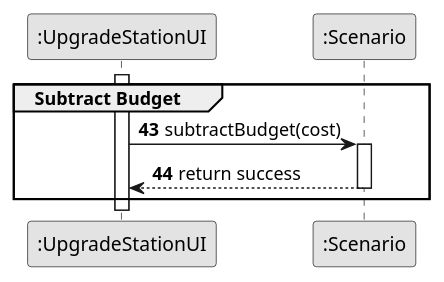
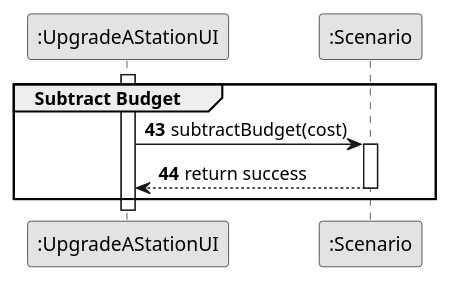
One commit to ivasduarte/all-aboard changed the diagram in docs/sprint3/us006/03.design/puml/us006-sd-partial-subtract-budget.puml. Above: the diagram before and after it, drawn with PlantUML. The commit also changed 27 other files, not shown here.

```diff
--- a/docs/sprint3/us006/03.design/puml/us006-sd-partial-subtract-budget.puml
+++ b/docs/sprint3/us006/03.design/puml/us006-sd-partial-subtract-budget.puml
@@ -1,22 +1,22 @@
 @startuml
 skinparam monochrome true
 skinparam packageStyle rectangle
 skinparam shadowing false
 
-participant ":UpgradeStationUI" as ui
+participant ":UpgradeAStationUI" as ui
 participant ":Scenario" as s
 
 activate ui
 autonumber 43
 
     group Subtract Budget
 
         ui -> s : subtractBudget(cost)
         activate s
         s --> ui : return success
         deactivate s
 
     end
 
 
 @enduml
```
